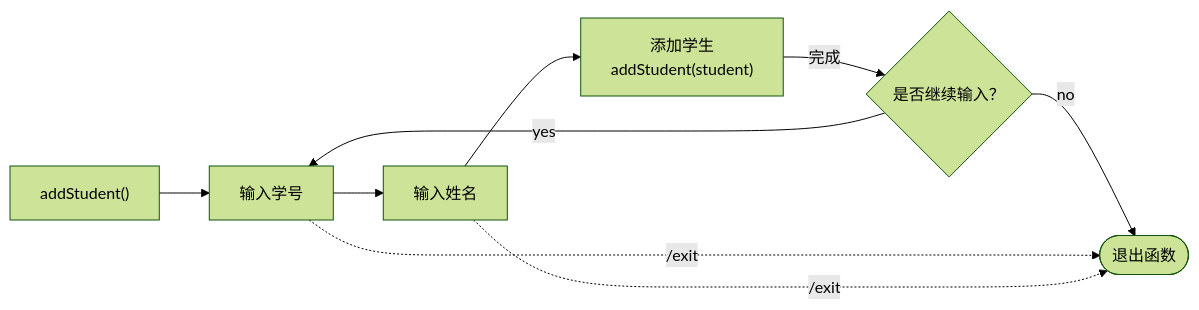
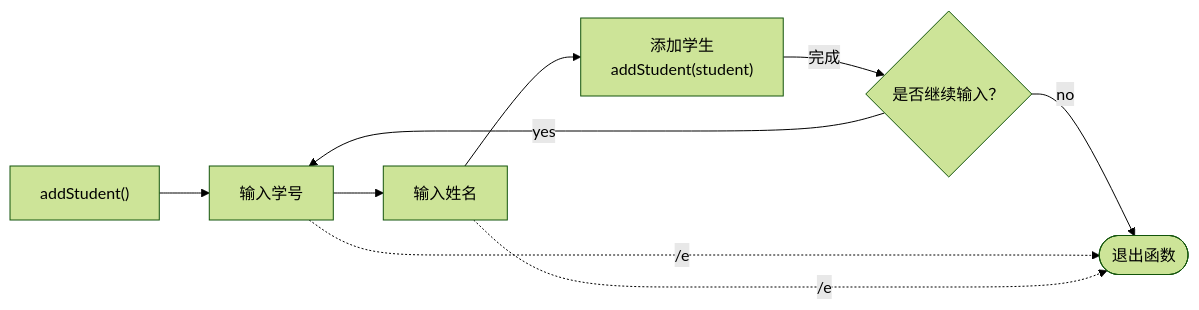
One commit to forer-lika777/Heyiwei changed the third of 19 diagrams in README.md. Above: the diagram before and after it, drawn with Mermaid (forest theme). The commit also changed other lines of this file and 9 other files, not shown here.

````diff
--- a/README.md
+++ b/README.md
@@ -815,13 +167,13 @@
 ```mermaid
 flowchart LR
     entry["addStudent()"] --> enter_id[输入学号]
     enter_id --> enter_name[输入姓名]
     enter_name --> manager_add_student["添加学生<br/>addStudent(student)"]
     manager_add_student --> |完成| continue_enter{是否继续输入？}
 
     continue_enter --> |yes| enter_id
     continue_enter --> |no| exit_function([退出函数])
 
-    enter_id -.-> |"/exit"| exit_function
-    enter_name -.-> |"/exit"| exit_function
+    enter_id -.-> |"/e"| exit_function
+    enter_name -.-> |"/e"| exit_function
 ```
````
